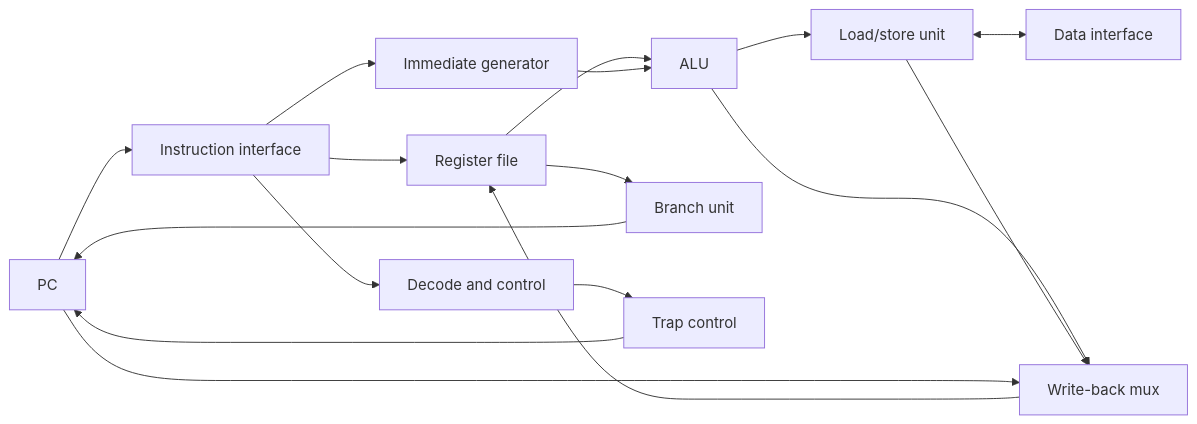
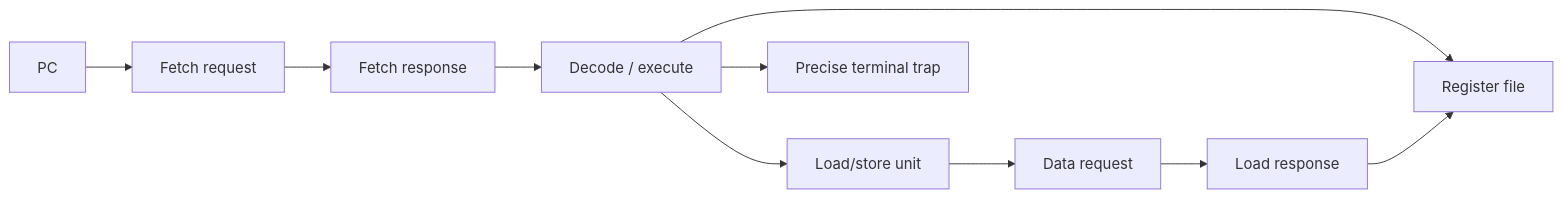
The first of 2 diagrams in README.md (Triumphant-24k/riscv-r32-processor-v2), drawn with Mermaid before and after one commit. The commit also changed other lines of this file and 79 other files, not shown here.

````diff
--- a/README.md
+++ b/README.md
@@ -11,19 +10,12 @@
 ```mermaid
 flowchart LR
-  PC[PC] --> IM[Instruction interface]
-  IM --> CU[Decode and control]
-  IM --> RF[Register file]
-  IM --> IG[Immediate generator]
-  RF --> ALU
-  IG --> ALU
-  RF --> BU[Branch unit]
-  ALU --> LSU[Load/store unit]
-  LSU <--> DM[Data interface]
-  ALU --> WB[Write-back mux]
-  LSU --> WB
-  PC --> WB
-  WB --> RF
-  CU --> TRAP[Trap control]
-  BU --> PC
-  TRAP --> PC
+  PC[PC] --> FQ[Fetch request]
+  FQ --> FP[Fetch response]
+  FP --> EX[Decode / execute]
+  EX --> RF[Register file]
+  EX --> LSU[Load/store unit]
+  LSU --> DQ[Data request]
+  DQ --> DP[Load response]
+  DP --> RF
+  EX --> T[Precise terminal trap]
 ```
````
